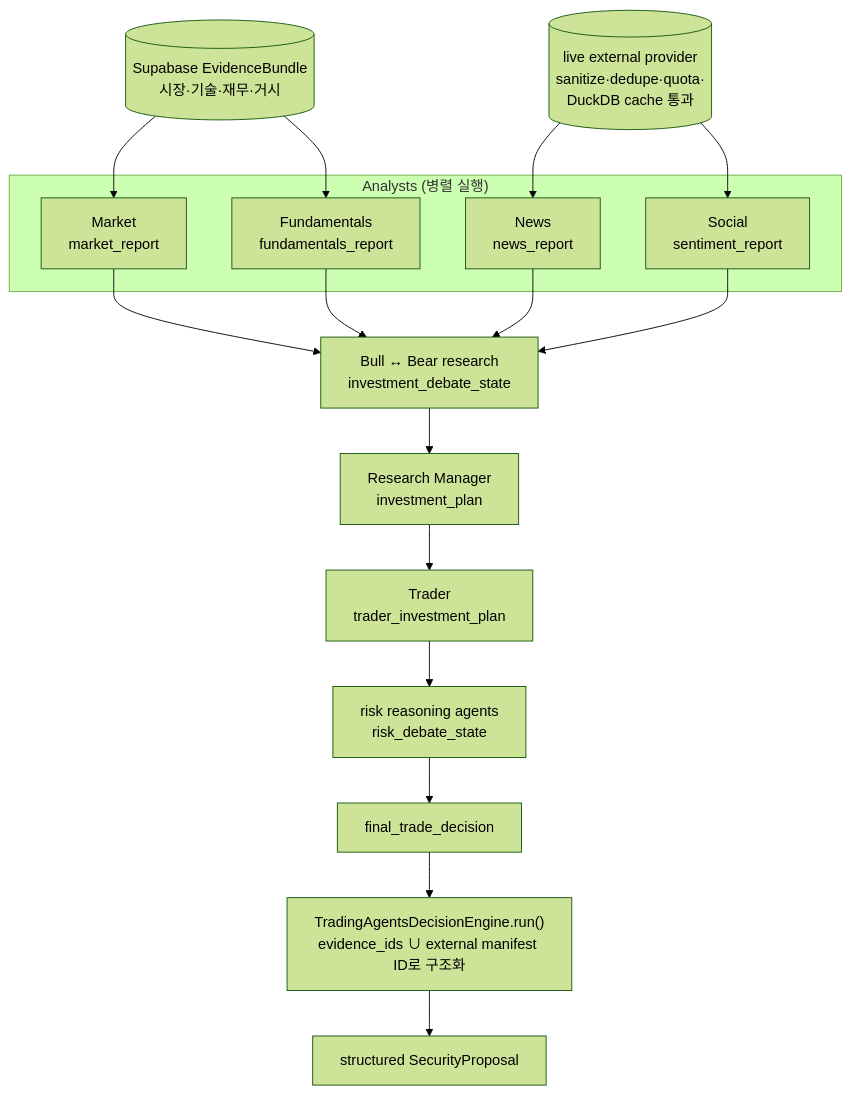
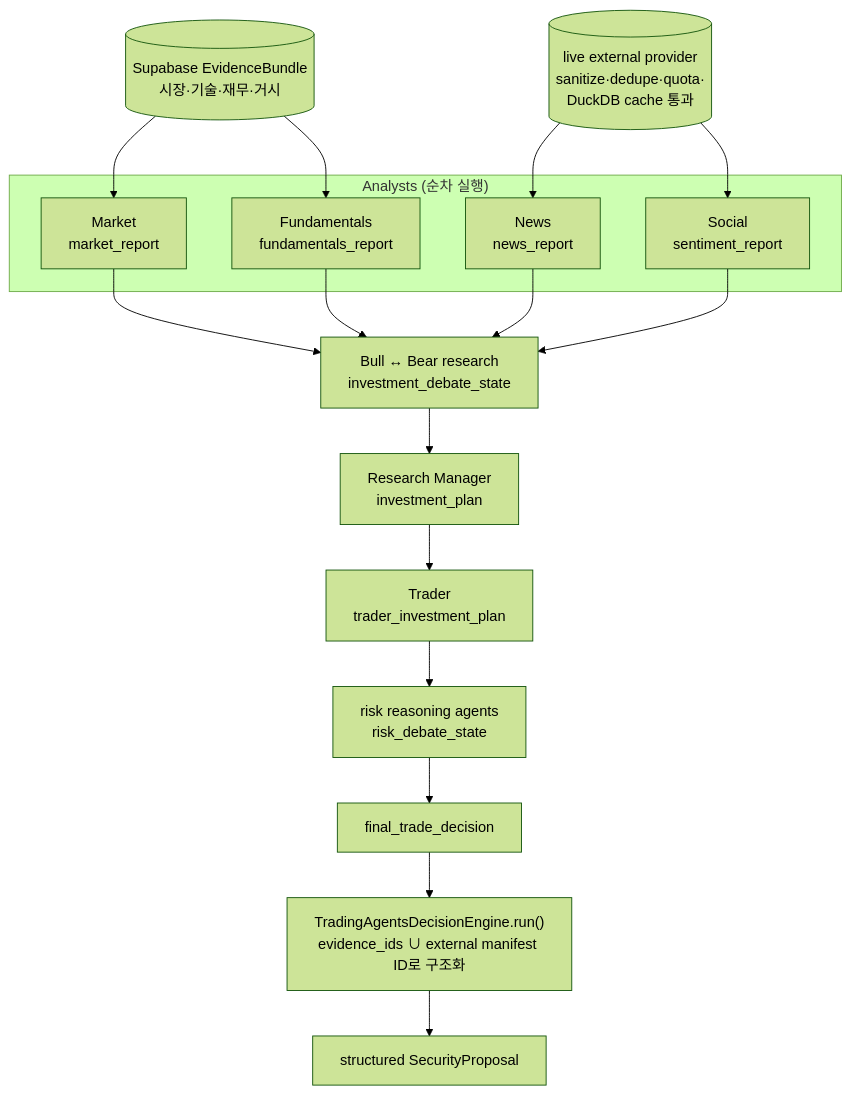
The diagram in src/investment_agent/trading/README.md (parkshinyoung0831/investment-agent), drawn with Mermaid (forest theme) before and after one commit. The commit also changed other lines of this file and 42 other files, not shown here.

Commit message:
refactor: split tradingagents graph and runtime

````diff
--- a/src/investment_agent/trading/README.md
+++ b/src/investment_agent/trading/README.md
@@ -126,25 +126,25 @@
 ```mermaid
 flowchart TD
-    subgraph ANALYSTS["Analysts (병렬 실행)"]
+    subgraph ANALYSTS["Analysts (순차 실행)"]
         MA["Market<br/>market_report"]
         FA["Fundamentals<br/>fundamentals_report"]
         NA["News<br/>news_report"]
         SA["Social<br/>sentiment_report"]
     end
 
     SUPA[("Supabase EvidenceBundle<br/>시장·기술·재무·거시")] --> MA
     SUPA --> FA
     EXT[("live external provider<br/>sanitize·dedupe·quota·<br/>DuckDB cache 통과")] --> NA
     EXT --> SA
 
     MA --> DEBATE
     FA --> DEBATE
     NA --> DEBATE
     SA --> DEBATE
     DEBATE["Bull ↔ Bear research<br/>investment_debate_state"] --> RM["Research Manager<br/>investment_plan"]
     RM --> TR["Trader<br/>trader_investment_plan"]
     TR --> RISK["risk reasoning agents<br/>risk_debate_state"]
     RISK --> FINAL["final_trade_decision"]
     FINAL --> STRUCT["TradingAgentsDecisionEngine.run()<br/>evidence_ids ∪ external manifest ID로 구조화"]
     STRUCT --> SP["structured SecurityProposal"]
 ```
````
